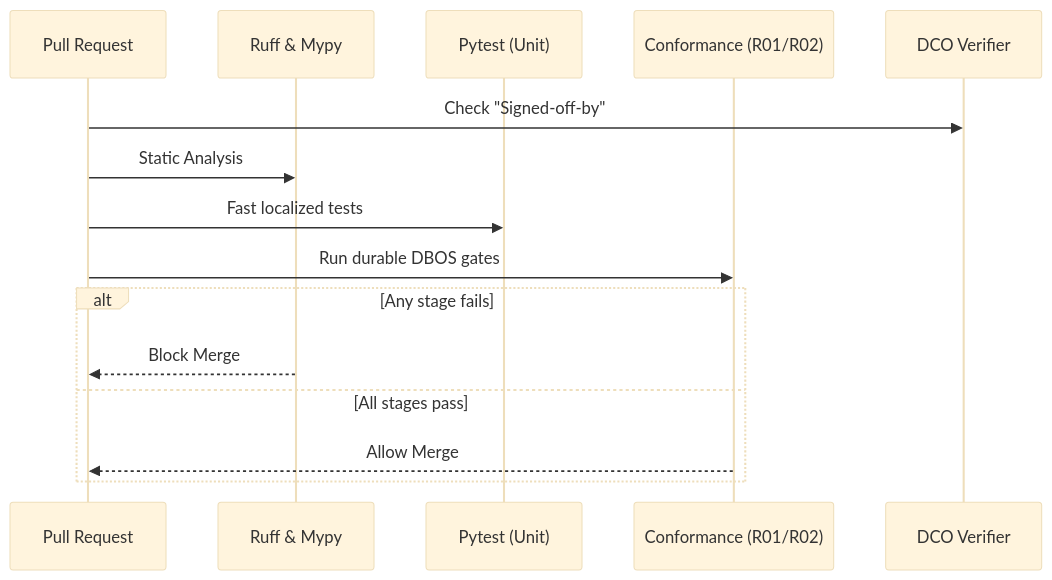
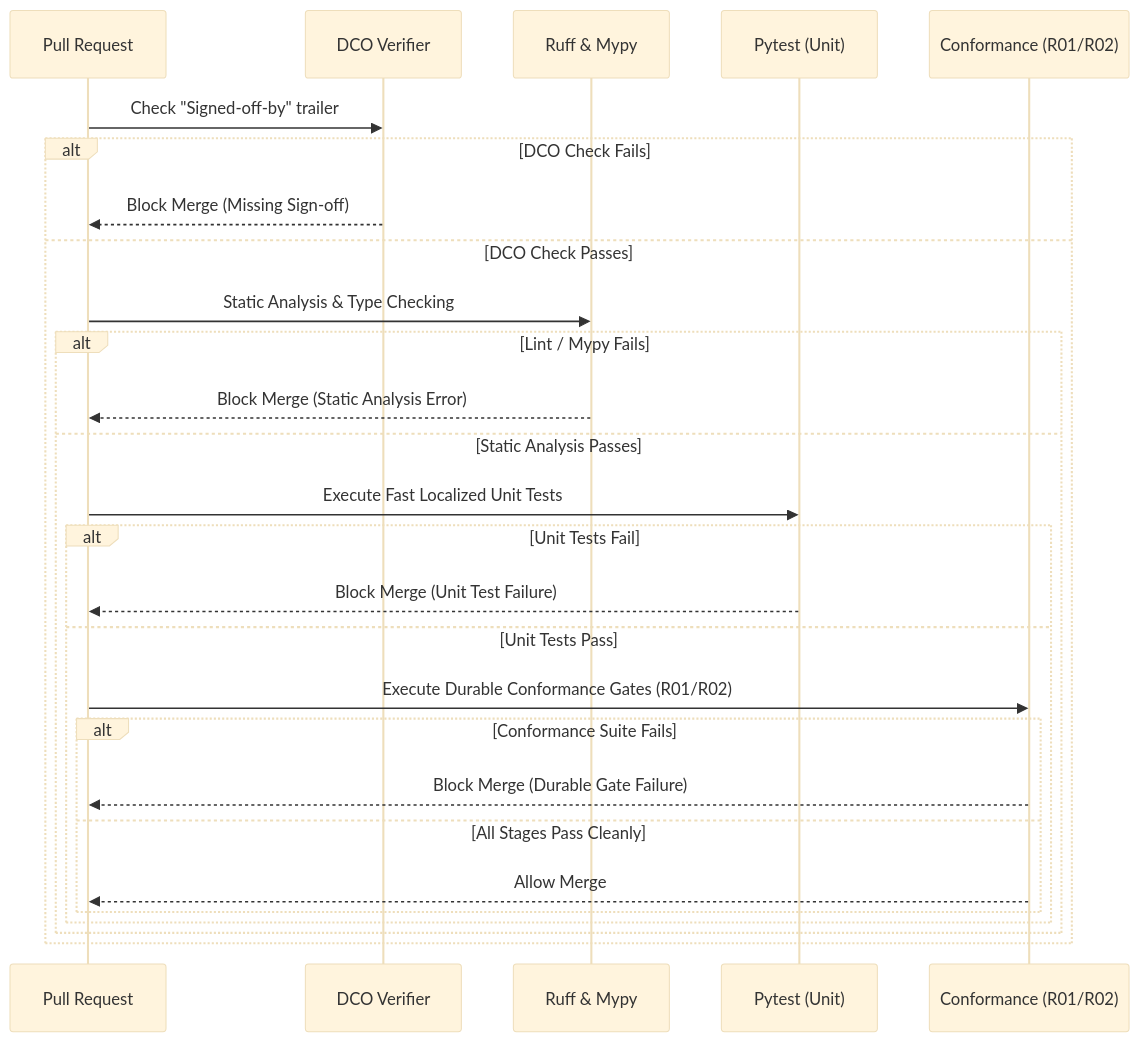
One commit to Coder-s-OG-s/Trajectory_IR-website changed the second of 2 diagrams in content/docs/infrastructure.mdx. Above: the diagram before and after it, drawn with Mermaid (base theme). The commit also changed other lines of this file and 7 other files, not shown here.

Commit message:
fix: address issue #1 doc bugs, schema terms, and architecture alignment

````diff
--- a/content/docs/infrastructure.mdx
+++ b/content/docs/infrastructure.mdx
@@ -91,19 +91,30 @@
 ```mermaid
 sequenceDiagram
     participant PR as Pull Request
+    participant DCO as DCO Verifier
     participant Lint as Ruff & Mypy
     participant Unit as Pytest (Unit)
     participant Conf as Conformance (R01/R02)
-    participant DCO as DCO Verifier
 
-    PR->>DCO: Check "Signed-off-by"
-    PR->>Lint: Static Analysis
-    PR->>Unit: Fast localized tests
-    PR->>Conf: Run durable DBOS gates
-    
-    alt Any stage fails
-        Lint-->>PR: Block Merge
-    else All stages pass
-        Conf-->>PR: Allow Merge
+    PR->>DCO: Check "Signed-off-by" trailer
+    alt DCO Check Fails
+        DCO-->>PR: Block Merge (Missing Sign-off)
+    else DCO Check Passes
+        PR->>Lint: Static Analysis & Type Checking
+        alt Lint / Mypy Fails
+            Lint-->>PR: Block Merge (Static Analysis Error)
+        else Static Analysis Passes
+            PR->>Unit: Execute Fast Localized Unit Tests
+            alt Unit Tests Fail
+                Unit-->>PR: Block Merge (Unit Test Failure)
+            else Unit Tests Pass
+                PR->>Conf: Execute Durable Conformance Gates (R01/R02)
+                alt Conformance Suite Fails
+                    Conf-->>PR: Block Merge (Durable Gate Failure)
+                else All Stages Pass Cleanly
+                    Conf-->>PR: Allow Merge
+                end
+            end
+        end
     end
 ```
````
